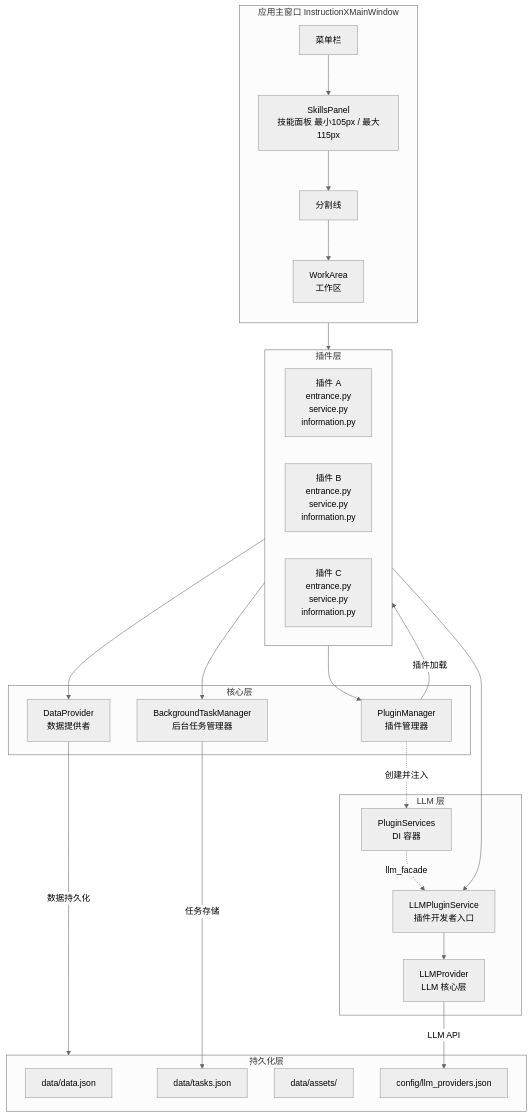
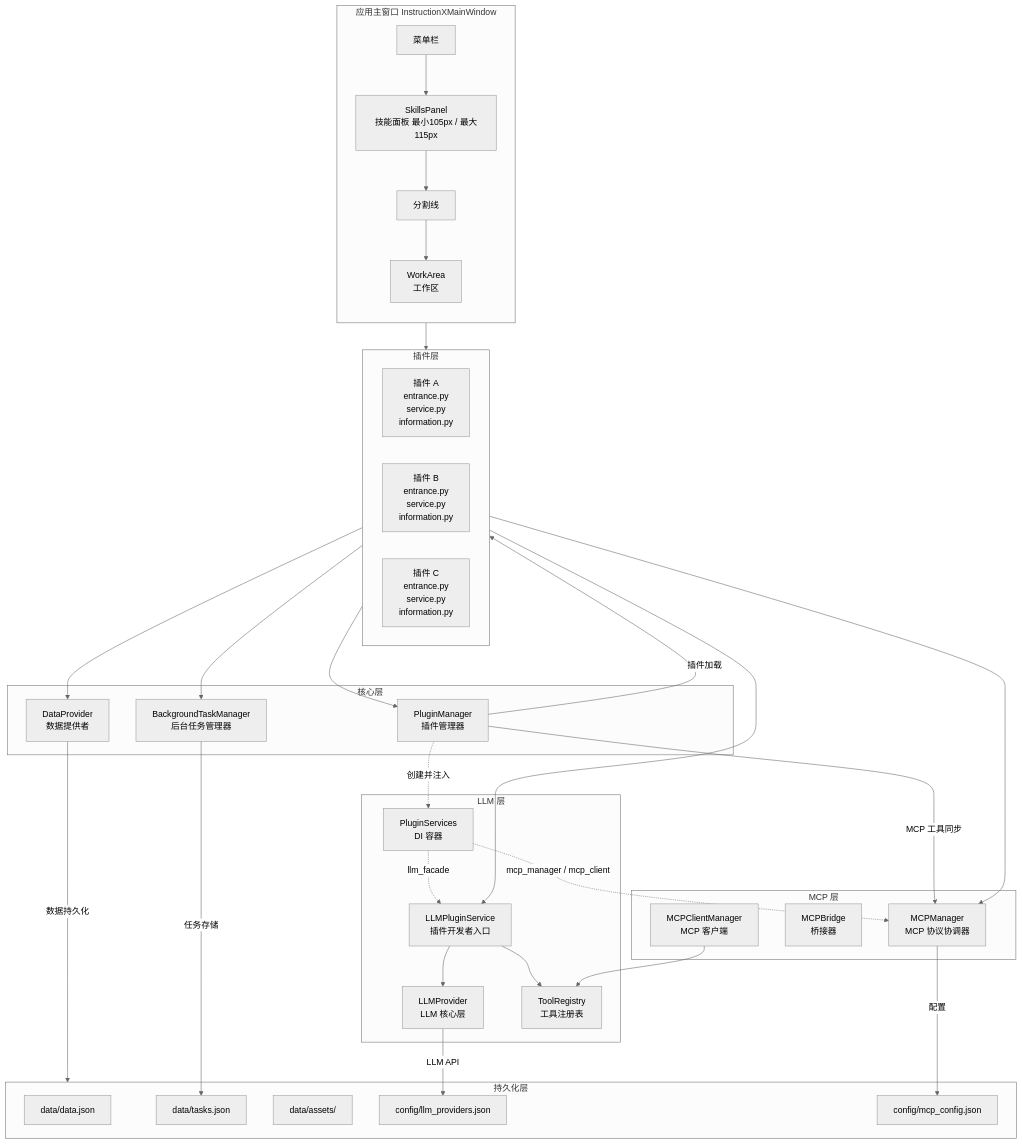
Before and after one commit to KKPIP-Tech/InstructionX: the first of 4 diagrams in docs/architecture/overview.md, drawn with Mermaid (neutral theme). The commit also changed other lines of this file and 3 other files, not shown here.

First line of the commit message:
docs(architecture): 重构文档结构，修正模块关系描述

````diff
--- a/docs/architecture/overview.md
+++ b/docs/architecture/overview.md
@@ -24,47 +24,61 @@
 ```mermaid
 graph TB
     subgraph MainWindow ["应用主窗口 InstructionXMainWindow"]
         direction TB
         Menu[菜单栏] --> SP[SkillsPanel<br/>技能面板 最小105px / 最大115px]
         SP --> Divider[分割线]
         Divider --> WA[WorkArea<br/>工作区]
     end
 
     subgraph Plugins ["插件层"]
         PA[插件 A<br/>entrance.py<br/>service.py<br/>information.py]
         PB[插件 B<br/>entrance.py<br/>service.py<br/>information.py]
         PC[插件 C<br/>entrance.py<br/>service.py<br/>information.py]
     end
 
     subgraph Core ["核心层"]
         PM[PluginManager<br/>插件管理器]
         DP[DataProvider<br/>数据提供者]
         BTM[BackgroundTaskManager<br/>后台任务管理器]
     end
 
+    subgraph MCP ["MCP 层"]
+        MCPM[MCPManager<br/>MCP 协议协调器]
+        MCPB[MCPBridge<br/>桥接器]
+        MCPC[MCPClientManager<br/>MCP 客户端]
+    end
+
     subgraph LLM ["LLM 层"]
         LLMS[LLMPluginService<br/>插件开发者入口]
         LLMP[LLMProvider<br/>LLM 核心层]
         PS[PluginServices<br/>DI 容器]
+        TR[ToolRegistry<br/>工具注册表]
     end
 
     subgraph Storage ["持久化层"]
         DataJSON[data/data.json]
         TasksJSON[data/tasks.json]
         Assets[data/assets/]
         LLMConfig[config/llm_providers.json]
+        MCPConfig[config/mcp_config.json]
     end
 
     MainWindow --> Plugins
     Plugins --> PM
     Plugins --> DP
     Plugins --> BTM
     Plugins --> LLMS
+    Plugins --> MCPM
     PM -.->|创建并注入| PS
     PS -.->|llm_facade| LLMS
+    PS -.->|mcp_manager / mcp_client| MCPM
     LLMS --> LLMP
+    LLMS --> TR
+    MCPC --> TR
     LLMP -->|LLM API| LLMConfig
     PM -->|插件加载| Plugins
+    PM -->|MCP 工具同步| MCPM
     DP -->|数据持久化| Storage
     BTM -->|任务存储| TasksJSON
+    MCPM -->|配置| MCPConfig
 ```
````
